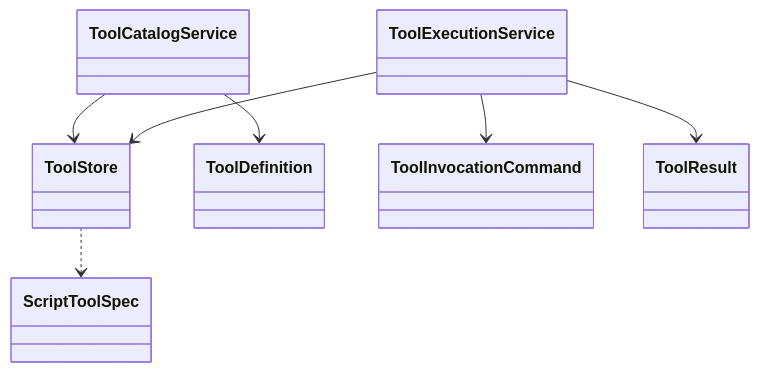
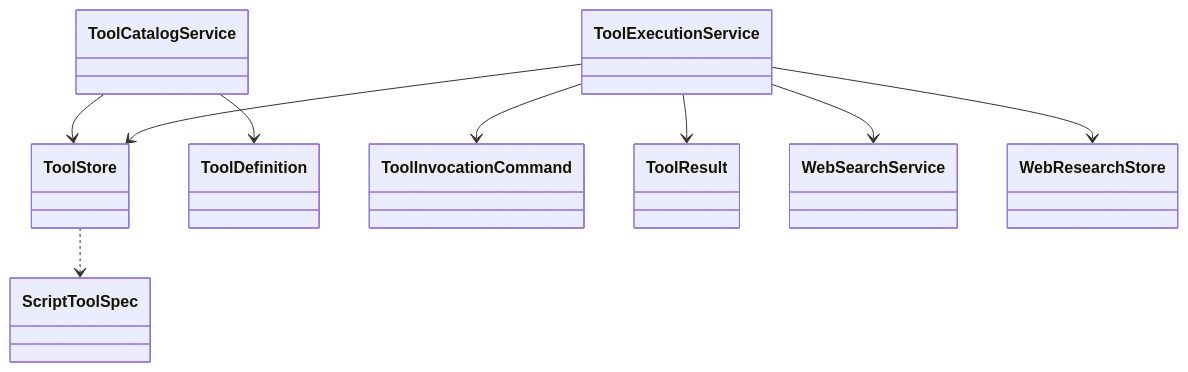
Before and after one commit to funjson/meta-agent: the diagram in backend/src/main/java/com/funjson/metaagent/tool/README.md, drawn with Mermaid. The commit also changed other lines of this file and 76 other files, not shown here.

Commit message:
Implement web research and weather tooling

````diff
--- a/backend/src/main/java/com/funjson/metaagent/tool/README.md
+++ b/backend/src/main/java/com/funjson/metaagent/tool/README.md
@@ -15,17 +15,19 @@
 ```mermaid
 classDiagram
   class ToolCatalogService
   class ToolExecutionService
   class ToolStore
   class ToolDefinition
   class ToolInvocationCommand
   class ToolResult
   class ScriptToolSpec
 
   ToolCatalogService --> ToolStore
   ToolCatalogService --> ToolDefinition
   ToolExecutionService --> ToolStore
+  ToolExecutionService --> WebSearchService
+  ToolExecutionService --> WebResearchStore
   ToolExecutionService --> ToolInvocationCommand
   ToolExecutionService --> ToolResult
   ToolStore ..> ScriptToolSpec
 ```
````
